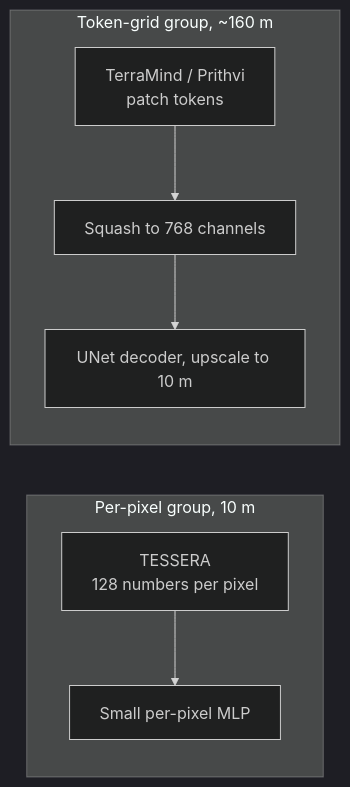
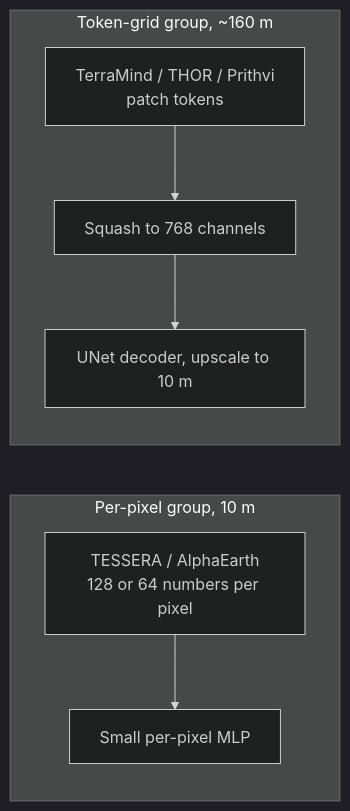
Before and after one commit to davidrers/ExplainedGMF4Agri: the second of 2 diagrams in docs/phase1/pipeline_overview.md, drawn with Mermaid (dark theme). The commit also changed other lines of this file and 5 other files, not shown here.

First line of the commit message:
Document the arms of 15 October: S1 for every GFM pretrained on it, frozen TESSERA v2, the 10 m MLP

````diff
--- a/docs/phase1/pipeline_overview.md
+++ b/docs/phase1/pipeline_overview.md
@@ -111,9 +129,9 @@
 ```mermaid
 flowchart LR
     subgraph P["Per-pixel group, 10 m"]
-      T["TESSERA<br/>128 numbers per pixel"] --> TM["Small per-pixel MLP"]
+      T["TESSERA / AlphaEarth<br/>128 or 64 numbers per pixel"] --> TM["Small per-pixel MLP"]
     end
     subgraph G["Token-grid group, ~160 m"]
-      V["TerraMind / Prithvi<br/>patch tokens"] --> VN["Squash to 768 channels"] --> VU["UNet decoder, upscale to 10 m"]
+      V["TerraMind / THOR / Prithvi<br/>patch tokens"] --> VN["Squash to 768 channels"] --> VU["UNet decoder, upscale to 10 m"]
     end
 ```
````
